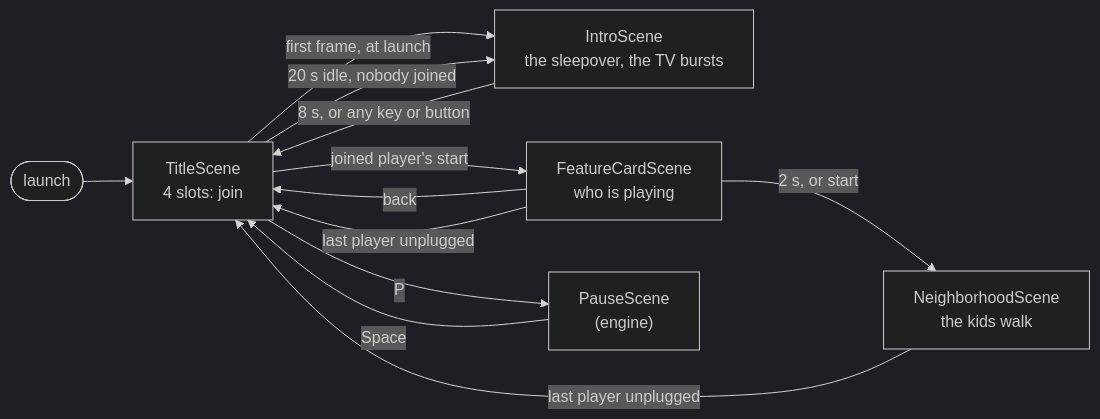
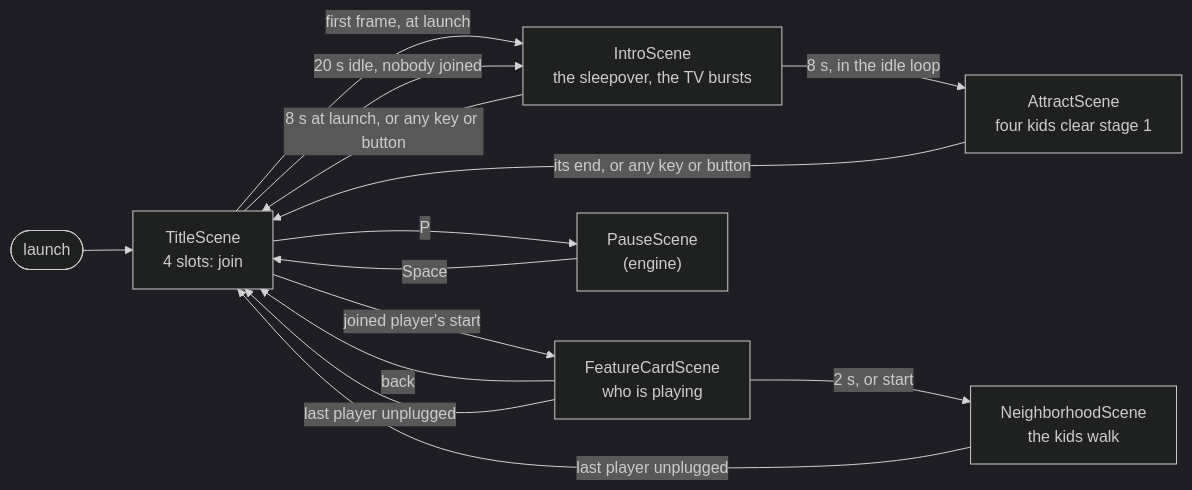
The diagram in docs/games/zombies_aint_my_neighbors.md (terrysimons/glitchygames), drawn with Mermaid (dark theme) before and after one commit. The commit also changed other lines of this file and 4 other files, not shown here.

First line of the commit message:
Zombies: the attract demo in the docs and plans; its sound folder written down

````diff
--- a/docs/games/zombies_aint_my_neighbors.md
+++ b/docs/games/zombies_aint_my_neighbors.md
@@ -74,14 +75,16 @@
 ```mermaid
 flowchart LR
     Launch(["launch"]) --> Title
     Title -- "first frame, at launch" --> Intro["IntroScene<br/>the sleepover, the TV bursts"]
     Title -- "20 s idle, nobody joined" --> Intro
-    Intro -- "8 s, or any key or button" --> Title
+    Intro -- "8 s at launch, or any key or button" --> Title
+    Intro -- "8 s, in the idle loop" --> Demo["AttractScene<br/>four kids clear stage 1"]
+    Demo -- "its end, or any key or button" --> Title
     Title["TitleScene<br/>4 slots: join"] -- "joined player's start" --> Card["FeatureCardScene<br/>who is playing"]
     Card -- "2 s, or start" --> Yard["NeighborhoodScene<br/>the kids walk"]
     Card -- "back" --> Title
     Yard -- "last player unplugged" --> Title
     Card -- "last player unplugged" --> Title
     Title -- "P" --> Pause["PauseScene<br/>(engine)"]
     Pause -- "Space" --> Title
 ```
````
